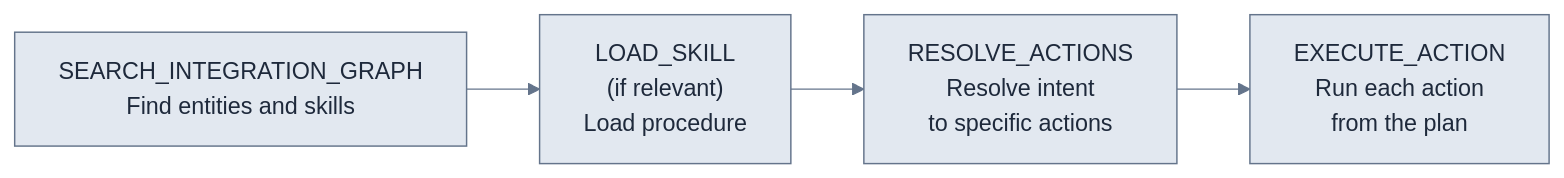
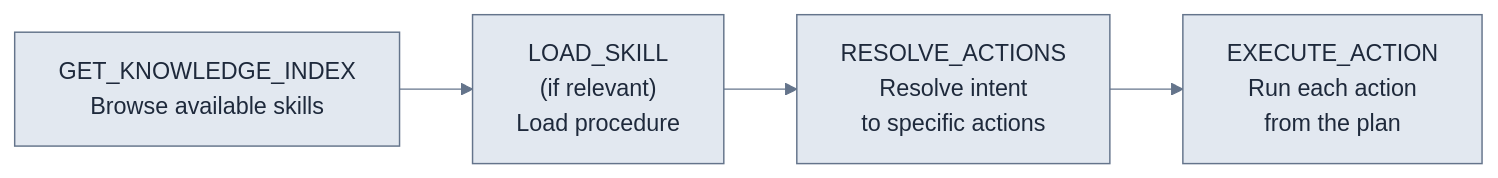
One commit to gocobalt/mintlify-docs changed the diagram in v3/mcp/reference/tools.mdx. Above: the diagram before and after it, drawn with Mermaid. The commit also changed other lines of this file and 12 other files, not shown here.

````diff
--- a/v3/mcp/reference/tools.mdx
+++ b/v3/mcp/reference/tools.mdx
@@ -227,7 +202,7 @@
 ```mermaid
 %%{init: {'theme':'base','themeVariables':{'primaryColor':'#E2E8F0','primaryTextColor':'#1E293B','primaryBorderColor':'#64748B','lineColor':'#64748B','secondaryColor':'#E2E8F0','tertiaryColor':'#F1F5F9','tertiaryTextColor':'#1E293B'}}}%%
 flowchart LR
-    A["SEARCH_INTEGRATION_GRAPH<br/>Find entities and skills"] --> B["LOAD_SKILL<br/>(if relevant)<br/>Load procedure"]
+    A["GET_KNOWLEDGE_INDEX<br/>Browse available skills"] --> B["LOAD_SKILL<br/>(if relevant)<br/>Load procedure"]
     B --> C["RESOLVE_ACTIONS<br/>Resolve intent<br/>to specific actions"]
     C --> D["EXECUTE_ACTION<br/>Run each action<br/>from the plan"]
 ```
````
